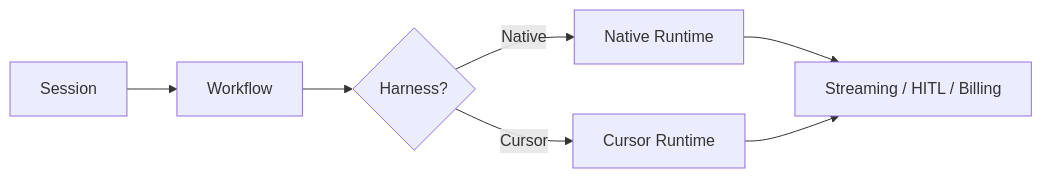
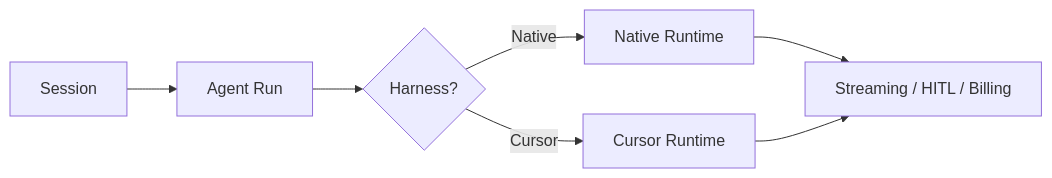
Before and after one commit to stigmer/stigmer: the diagram in docs/concepts/harnesses.mdx, drawn with Mermaid. The commit also changed 142 other files, not shown here.

````diff
--- a/docs/concepts/harnesses.mdx
+++ b/docs/concepts/harnesses.mdx
@@ -120,9 +120,9 @@
 ```mermaid
 flowchart LR
-  S["Session"] --> W["Workflow"]
-  W --> D{Harness?}
+  S["Session"] --> R["Agent Run"]
+  R --> D{Harness?}
   D -->|Native| EG["Native Runtime"]
   D -->|Cursor| EC["Cursor Runtime"]
   EG --> P["Streaming / HITL / Billing"]
   EC --> P
 ```
````
